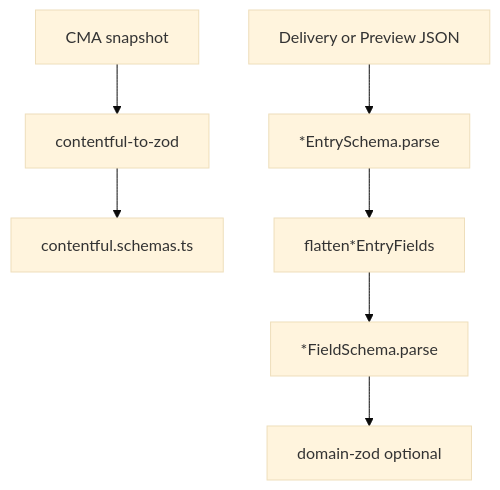
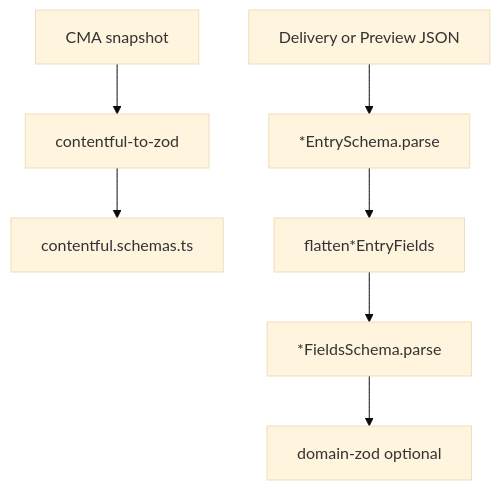
One commit to xndrjs/toolkit changed the diagram in apps/xndrjs-documentation/src/content/docs/v0/infrastructure/contentful-to-zod.md. Above: the diagram before and after it, drawn with Mermaid (base theme). The commit also changed other lines of this file and 44 other files, not shown here.

Commit message:
Config-first CLI and Rename generated flat field schemas

````diff
--- a/apps/xndrjs-documentation/src/content/docs/v0/infrastructure/contentful-to-zod.md
+++ b/apps/xndrjs-documentation/src/content/docs/v0/infrastructure/contentful-to-zod.md
@@ -12,9 +12,9 @@
 ```mermaid
 flowchart TD
   CMA[CMA snapshot] --> codegen[contentful-to-zod]
   codegen --> schemas[contentful.schemas.ts]
   API[Delivery or Preview JSON] --> entryParse["*EntrySchema.parse"]
   entryParse --> flatten["flatten*EntryFields"]
-  flatten --> flatParse["*FieldSchema.parse"]
+  flatten --> flatParse["*FieldsSchema.parse"]
   flatParse --> domain["domain-zod optional"]
 ```
````
